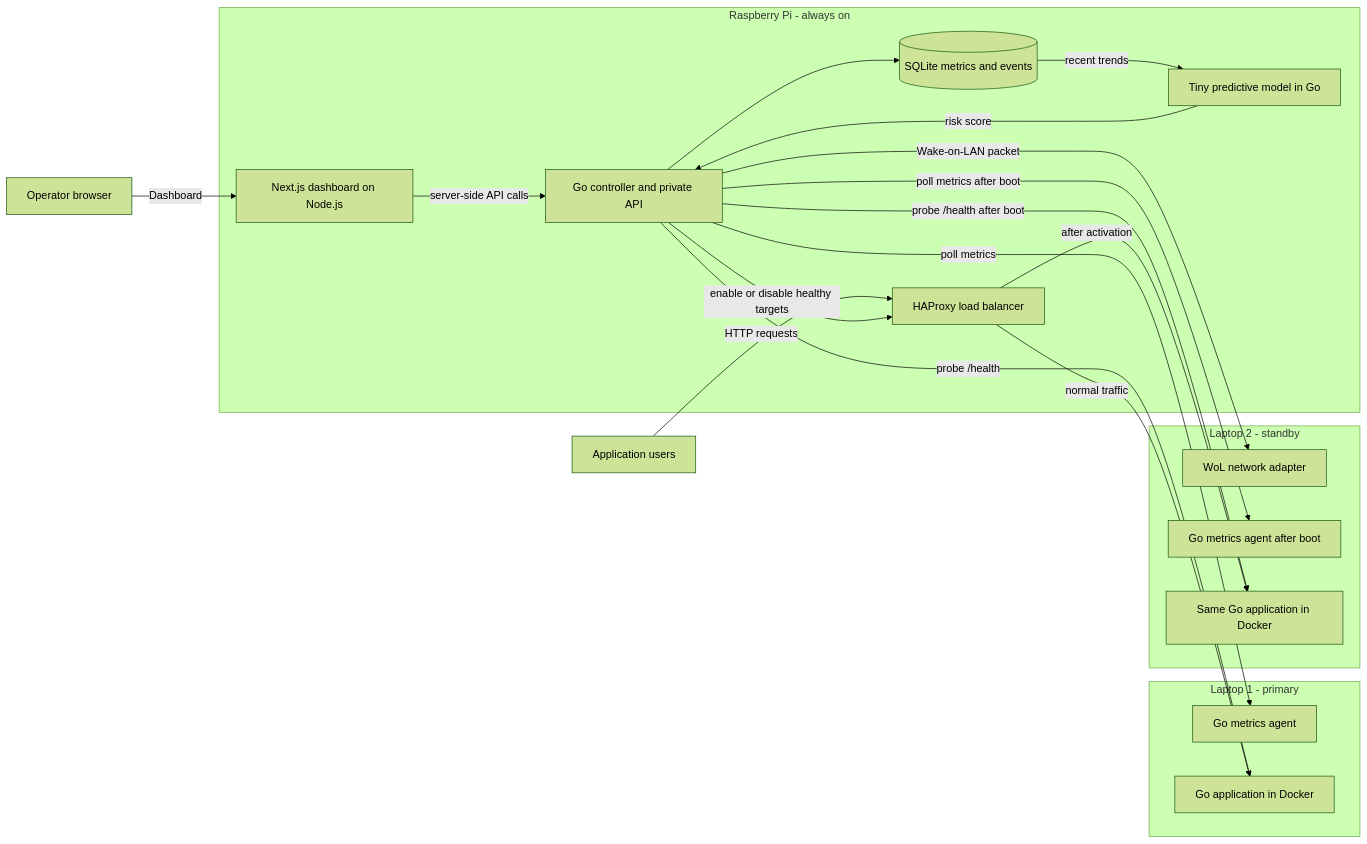
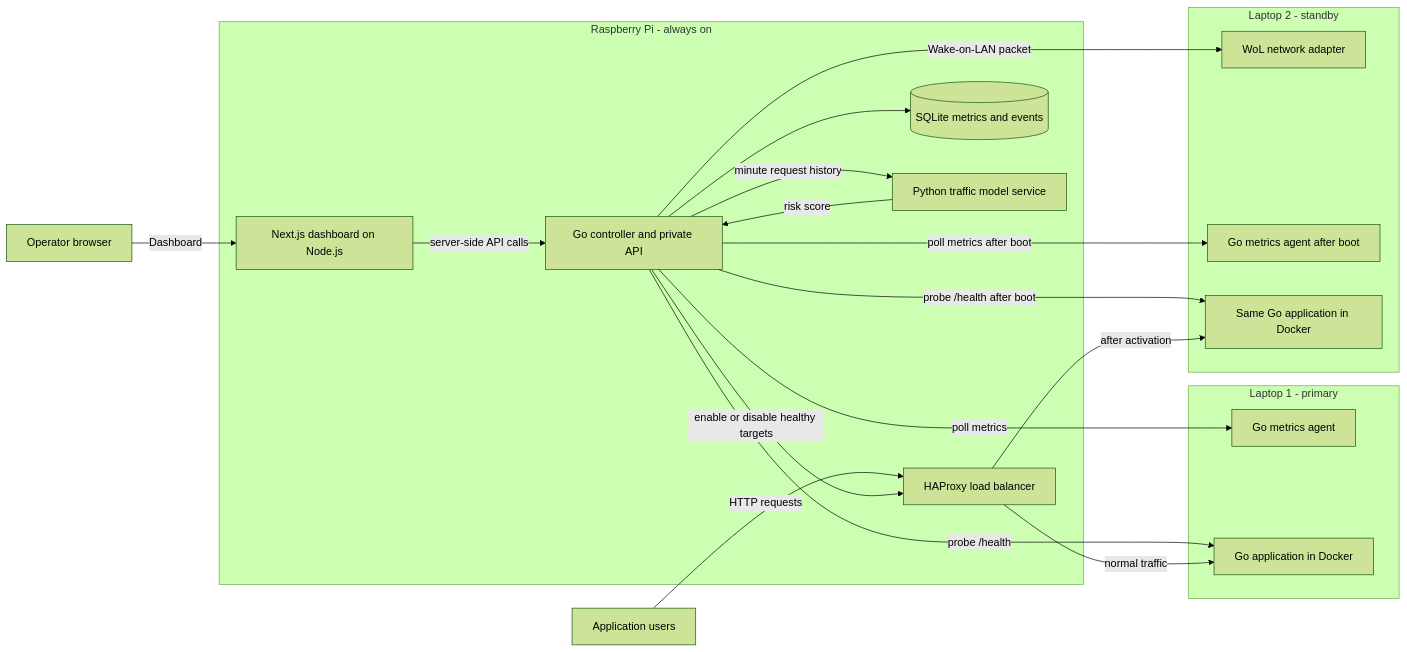
The first of 5 diagrams in docs/idea.md (samarthsinh2660/Smart-Server-Monitoring), drawn with Mermaid (forest theme) before and after one commit. The commit also changed other lines of this file and 33 other files, not shown here.

Commit message:
Add Python traffic model

````diff
--- a/docs/idea.md
+++ b/docs/idea.md
@@ -15,37 +15,37 @@
 ```mermaid
 flowchart LR
     Users[Application users] -->|HTTP requests| Proxy
     Operator[Operator browser] -->|Dashboard| Next
 
     subgraph Pi[Raspberry Pi - always on]
         Proxy[HAProxy load balancer]
         Next[Next.js dashboard on Node.js]
         Controller[Go controller and private API]
         Store[(SQLite metrics and events)]
         Next -->|server-side API calls| Controller
-        Model[Tiny predictive model in Go]
+        Model[Python traffic model service]
         Controller --> Store
-        Store -->|recent trends| Model
+        Controller -->|minute request history| Model
         Model -->|risk score| Controller
         Controller -->|enable or disable healthy targets| Proxy
     end
 
     subgraph Primary[Laptop 1 - primary]
         Agent1[Go metrics agent]
         App1[Go application in Docker]
     end
 
     subgraph Standby[Laptop 2 - standby]
         NIC2[WoL network adapter]
         Agent2[Go metrics agent after boot]
         App2[Same Go application in Docker]
     end
 
     Controller -->|poll metrics| Agent1
     Controller -->|probe /health| App1
     Controller -->|Wake-on-LAN packet| NIC2
     Controller -->|poll metrics after boot| Agent2
     Controller -->|probe /health after boot| App2
     Proxy -->|normal traffic| App1
     Proxy -->|after activation| App2
 ```
````
